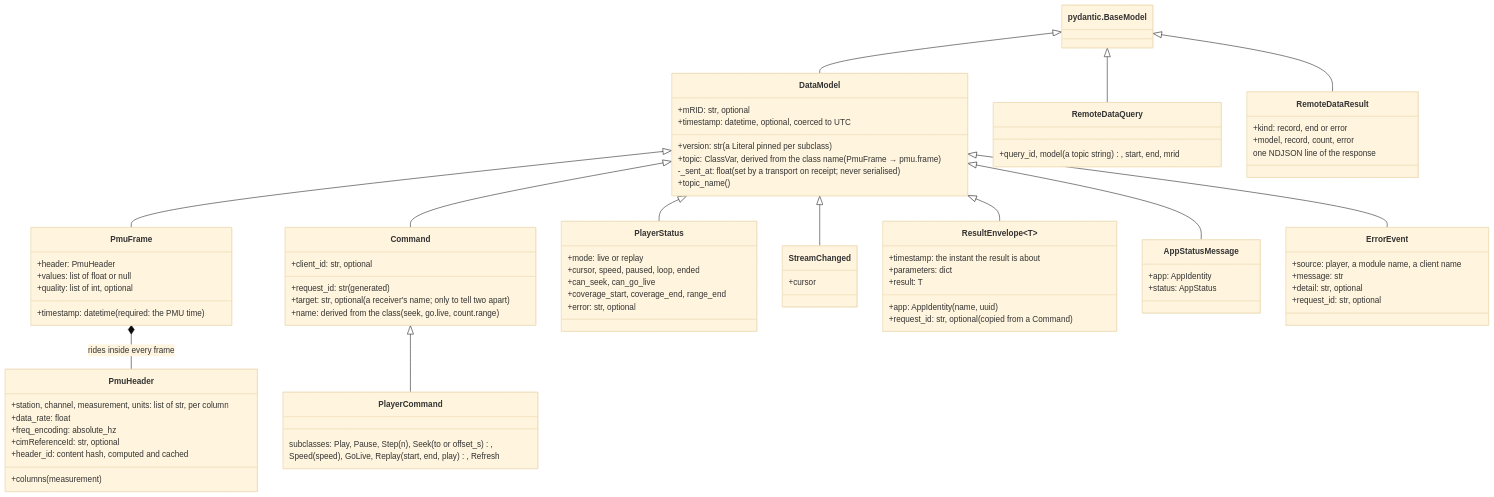
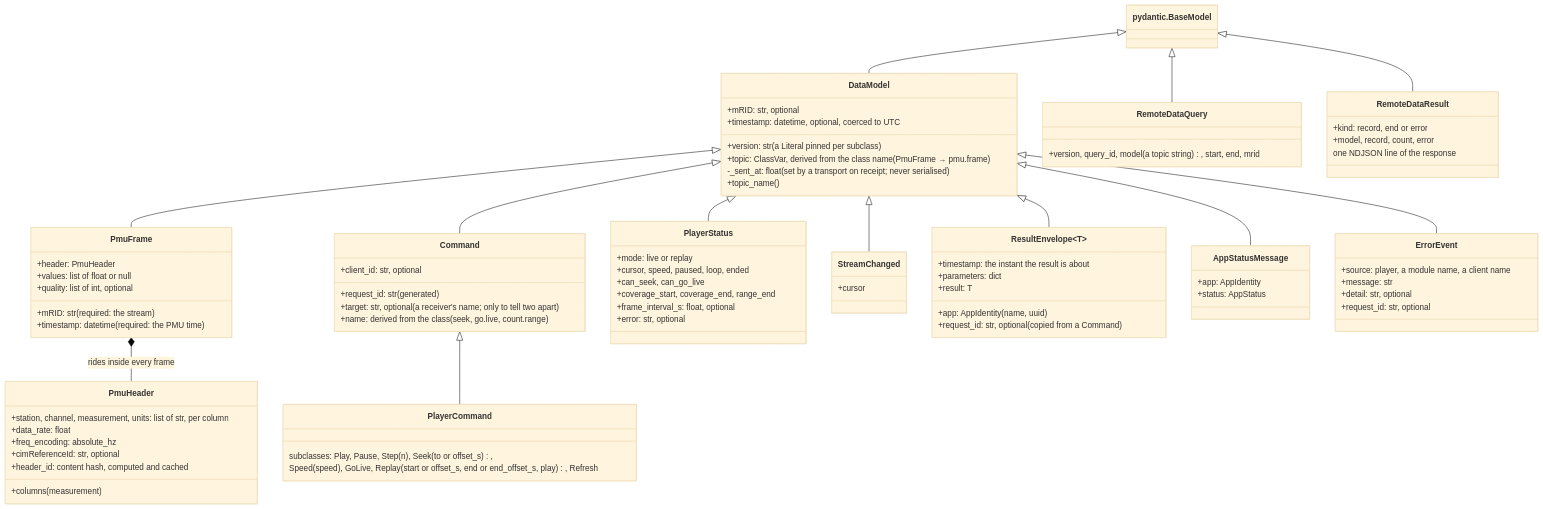
The fourth of 4 diagrams in doc/server-data-architecture-diagrams.md (thomanil/p-SWAMP), drawn with Mermaid (base theme) before and after one commit. The commit also changed other lines of this file and 7 other files, not shown here.

```diff
--- a/doc/server-data-architecture-diagrams.md
+++ b/doc/server-data-architecture-diagrams.md
@@ -272,6 +275,7 @@
     BaseModel <|-- DataModel
 
     class PmuFrame {
+        +mRID: str  (required: the stream)
         +timestamp: datetime  (required: the PMU time)
         +header: PmuHeader
         +values: list of float or null
@@ -296,7 +300,7 @@
     }
     class PlayerCommand {
         subclasses: Play, Pause, Step(n), Seek(to or offset_s),
-        Speed(speed), GoLive, Replay(start, end, play), Refresh
+        Speed(speed), GoLive, Replay(start or offset_s, end or end_offset_s, play), Refresh
     }
     Command <|-- PlayerCommand
     class PlayerStatus {
@@ -304,6 +308,7 @@
         +cursor, speed, paused, loop, ended
         +can_seek, can_go_live
         +coverage_start, coverage_end, range_end
+        +frame_interval_s: float, optional
         +error: str, optional
     }
     class StreamChanged {
@@ -335,7 +340,7 @@
     DataModel <|-- ErrorEvent
 
     class RemoteDataQuery {
-        +query_id, model (a topic string), start, end, mrid
+        +version, query_id, model (a topic string), start, end, mrid
     }
     class RemoteDataResult {
         +kind: record, end or error
```
